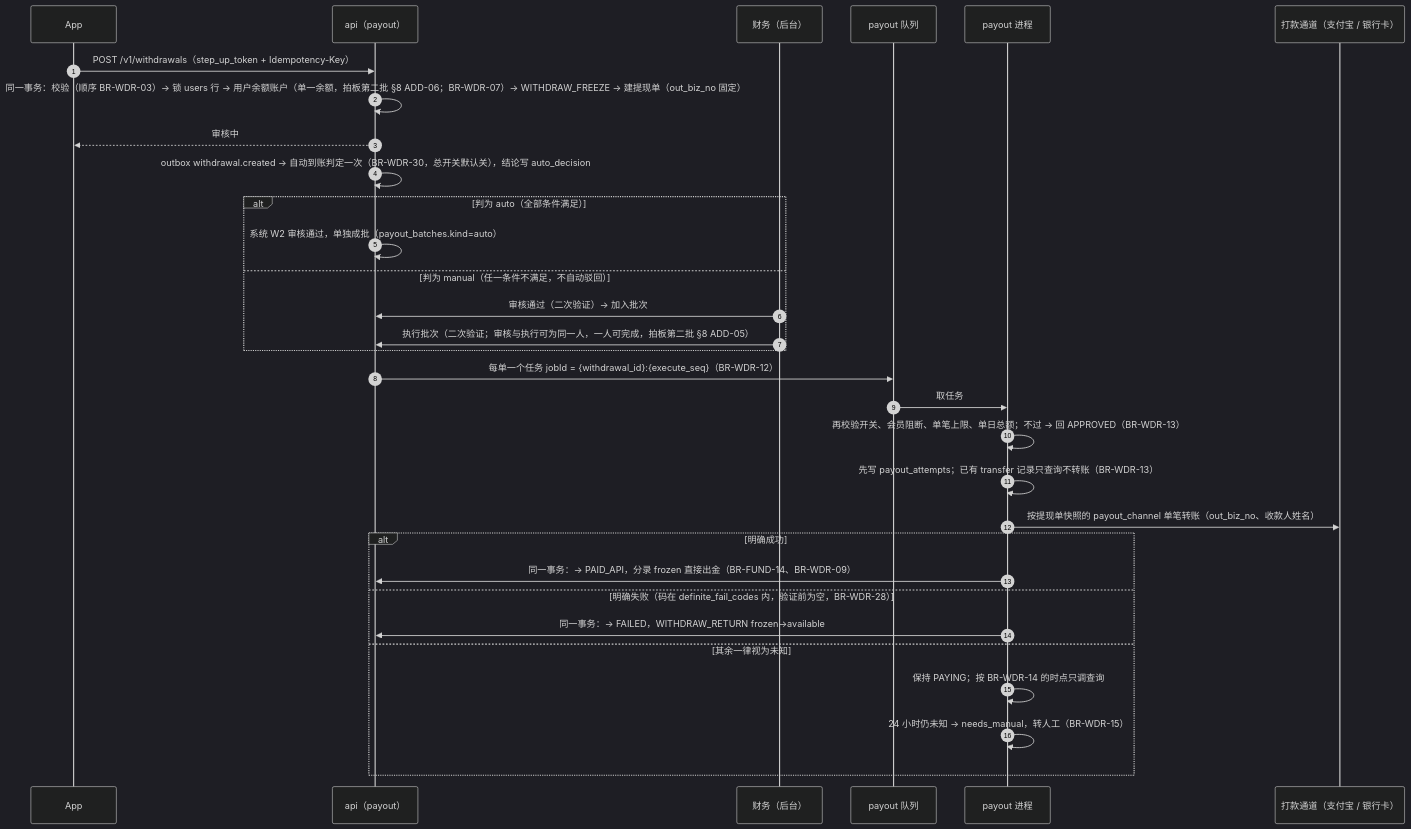
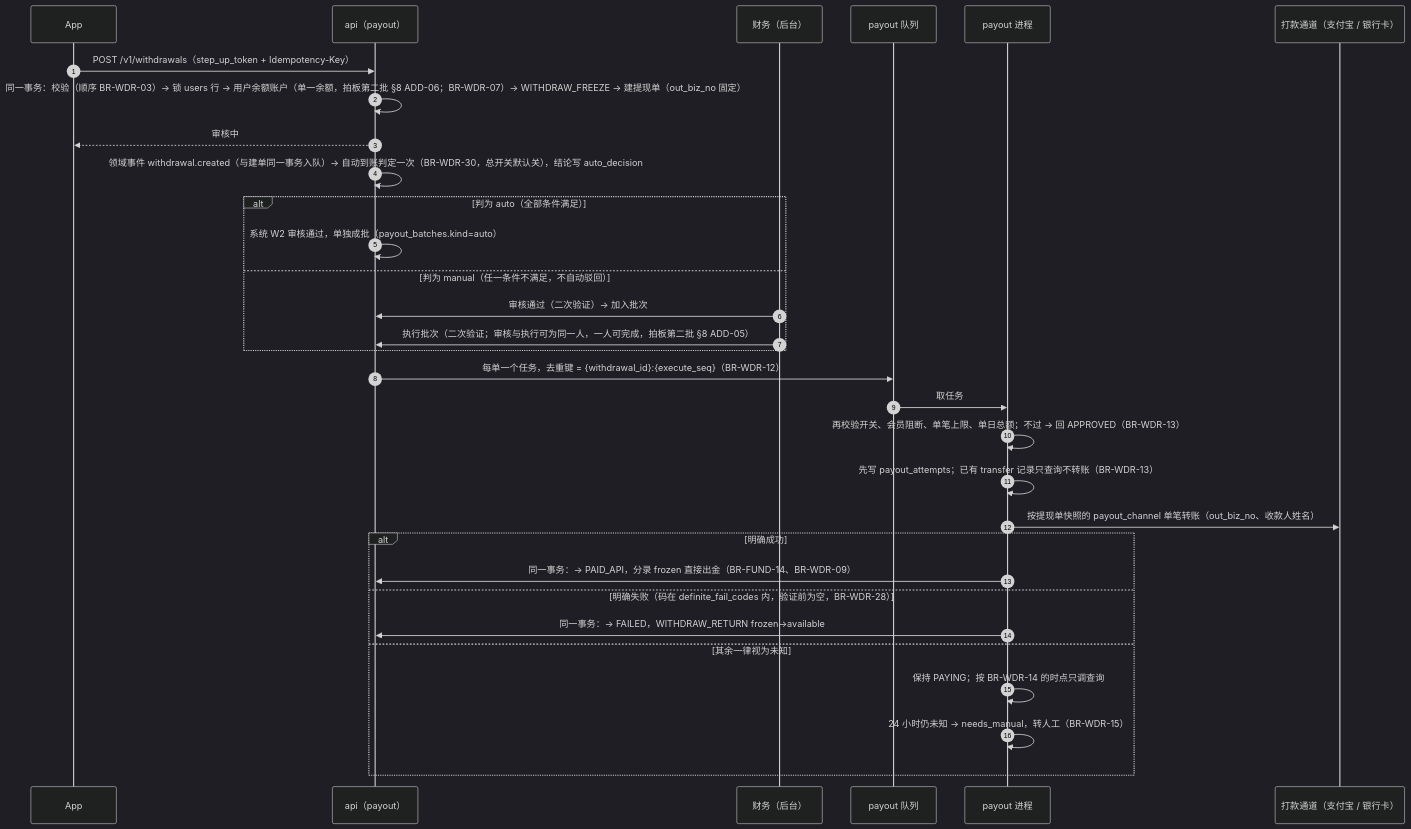
Before and after one commit to zora4523-bot/couli: the fourth of 5 diagrams in 规划/02_系统架构.md, drawn with Mermaid (dark theme). The commit also changed other lines of this file and 21 other files, not shown here.

````diff
--- a/规划/02_系统架构.md
+++ b/规划/02_系统架构.md
@@ -320,33 +316,33 @@
 ```mermaid
 sequenceDiagram
   autonumber
   participant C as App
   participant A as api（payout）
   participant F as 财务（后台）
   participant Q as payout 队列
   participant P as payout 进程
   participant Z as 打款通道（支付宝 / 银行卡）
   C->>A: POST /v1/withdrawals（step_up_token + Idempotency-Key）
   A->>A: 同一事务：校验（顺序 BR-WDR-03）→ 锁 users 行 → 用户余额账户（单一余额，拍板第二批 §8 ADD-06；BR-WDR-07）→ WITHDRAW_FREEZE → 建提现单（out_biz_no 固定）
   A-->>C: 审核中
-  A->>A: outbox withdrawal.created → 自动到账判定一次（BR-WDR-30，总开关默认关），结论写 auto_decision
+  A->>A: 领域事件 withdrawal.created（与建单同一事务入队）→ 自动到账判定一次（BR-WDR-30，总开关默认关），结论写 auto_decision
   alt 判为 auto（全部条件满足）
     A->>A: 系统 W2 审核通过，单独成批（payout_batches.kind=auto）
   else 判为 manual（任一条件不满足，不自动驳回）
     F->>A: 审核通过（二次验证）→ 加入批次
     F->>A: 执行批次（二次验证；审核与执行可为同一人，一人可完成，拍板第二批 §8 ADD-05）
   end
-  A->>Q: 每单一个任务 jobId = {withdrawal_id}:{execute_seq}（BR-WDR-12）
+  A->>Q: 每单一个任务，去重键 = {withdrawal_id}:{execute_seq}（BR-WDR-12）
   Q->>P: 取任务
   P->>P: 再校验开关、会员阻断、单笔上限、单日总额；不过 → 回 APPROVED（BR-WDR-13）
   P->>P: 先写 payout_attempts；已有 transfer 记录只查询不转账（BR-WDR-13）
   P->>Z: 按提现单快照的 payout_channel 单笔转账（out_biz_no、收款人姓名）
   alt 明确成功
     P->>A: 同一事务：→ PAID_API，分录 frozen 直接出金（BR-FUND-14、BR-WDR-09）
   else 明确失败（码在 definite_fail_codes 内，验证前为空，BR-WDR-28）
     P->>A: 同一事务：→ FAILED，WITHDRAW_RETURN frozen→available
   else 其余一律视为未知
     P->>P: 保持 PAYING；按 BR-WDR-14 的时点只调查询
     P->>P: 24 小时仍未知 → needs_manual，转人工（BR-WDR-15）
   end
 ```
````
